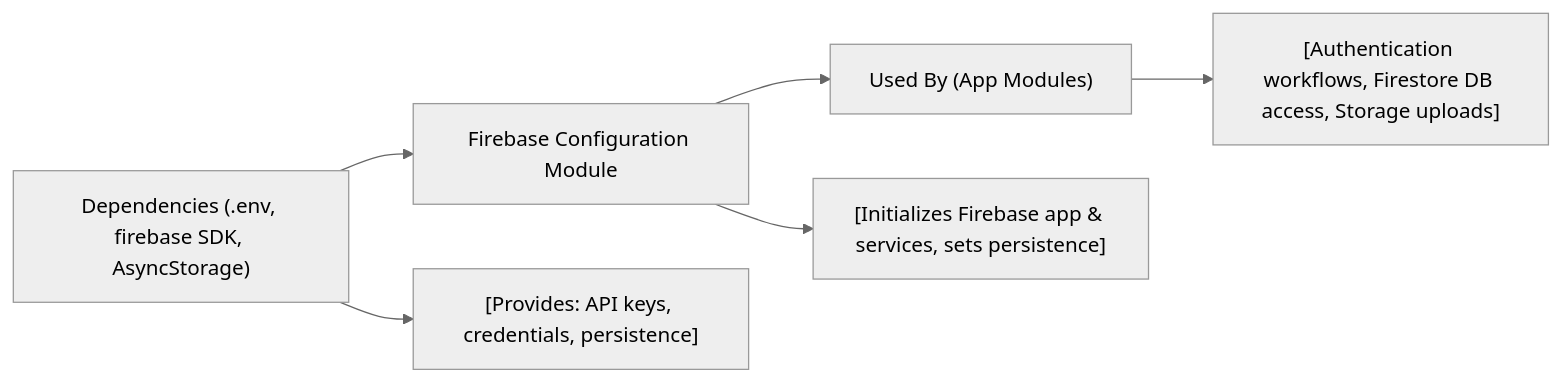
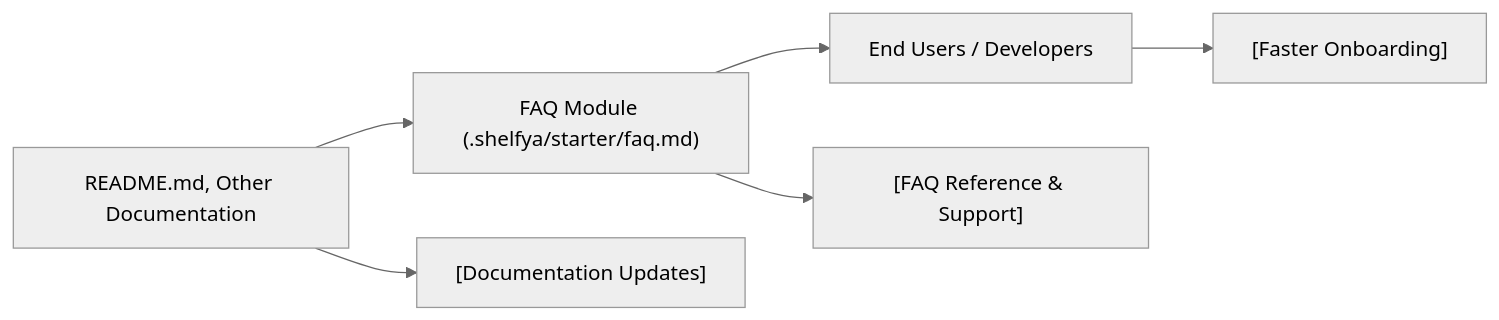
The diagram in .shelfya/starter/faq.md (lucasboucher/Expo-Firebase-Boiler-Plate-2), drawn with Mermaid (neutral theme) before and after one commit. The commit also changed other lines of this file and 7 other files, not shown here.

Commit message:
docs: add initial Shelfya documentation

````diff
--- a/.shelfya/starter/faq.md
+++ b/.shelfya/starter/faq.md
@@ -65,8 +31,7 @@
 ```mermaid
 flowchart LR
-  dependencies["Dependencies (.env, firebase SDK, AsyncStorage)"] --> thisModule["Firebase Configuration Module"]
-  thisModule --> usedBy["Used By (App Modules)"]
-  dependencies --> details["[Provides: API keys, credentials, persistence]"]
-  thisModule --> process["[Initializes Firebase app & services, sets persistence]"] 
-  usedBy --> consumers["[Authentication workflows, Firestore DB access, Storage uploads]"]
+  docs["README.md, Other Documentation"] --> faqModule["FAQ Module (.shelfya/starter/faq.md)"] --> endUser["End Users / Developers"]
+  docs --> updateProcess["[Documentation Updates]"]
+  faqModule --> supportProcess["[FAQ Reference & Support]"] 
+  endUser --> onboarding["[Faster Onboarding]"]
 ```
````
